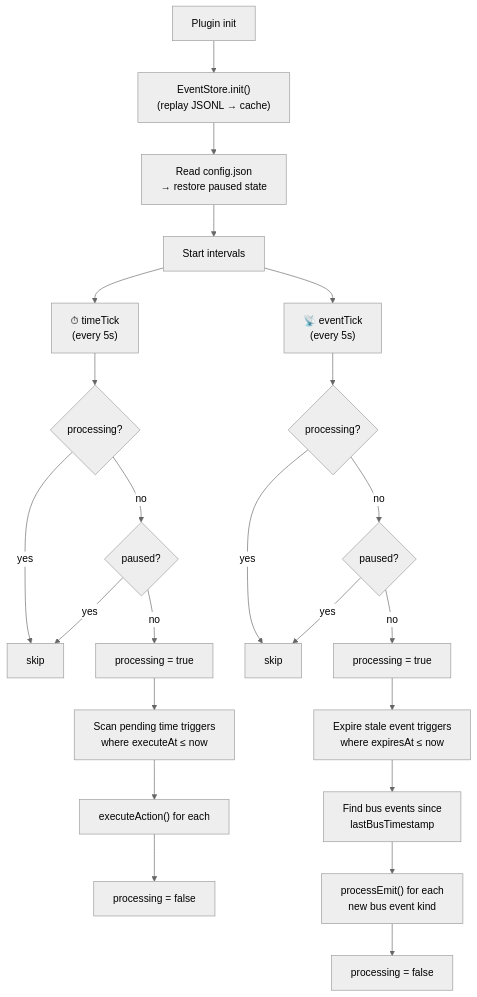
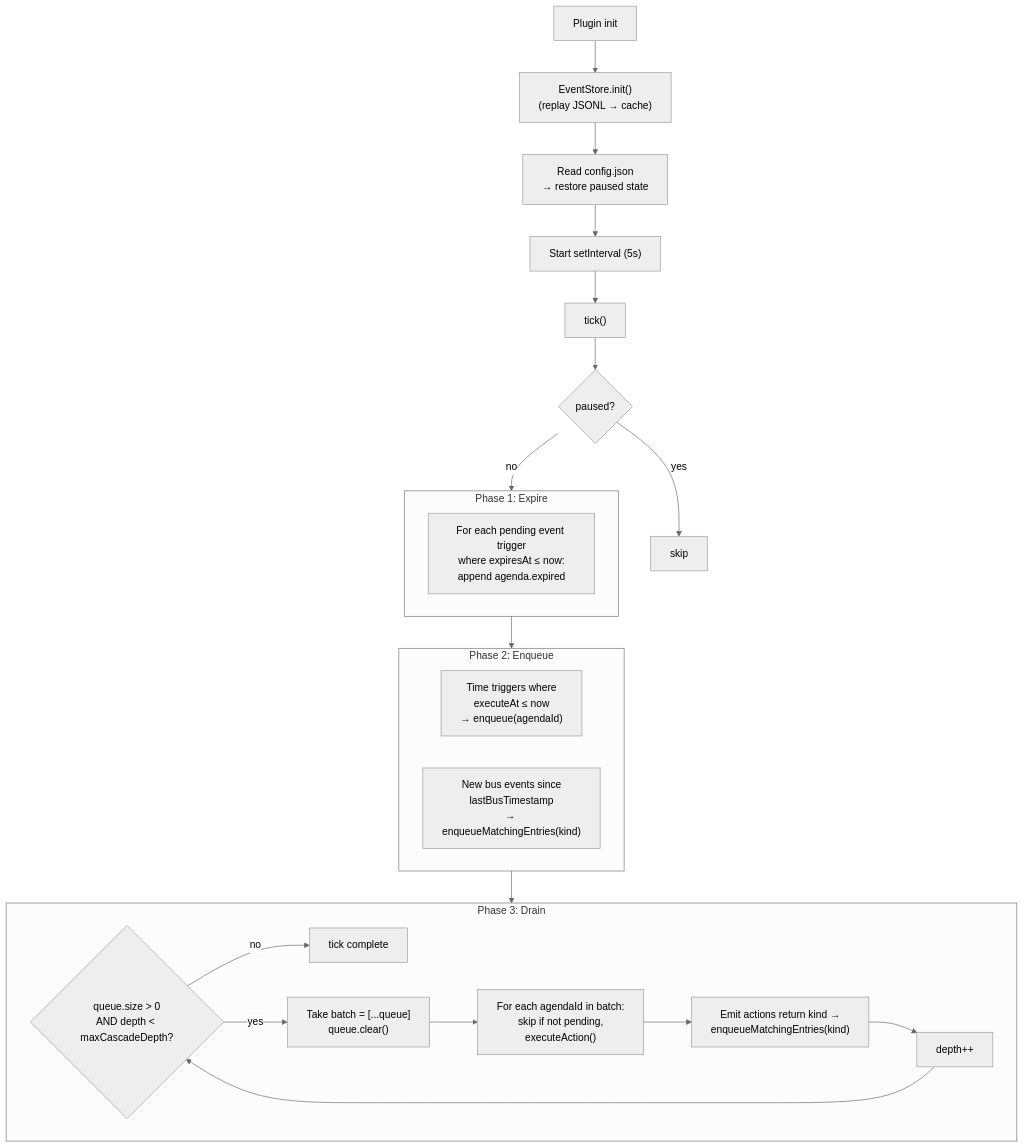
One commit to ToxicPine/opencode-agenda-plugin changed the fourth of 7 diagrams in ARCHITECTURE.md. Above: the diagram before and after it, drawn with Mermaid (neutral theme). The commit also changed other lines of this file and 1 other file, not shown here.

First line of the commit message:
Replace mutex + dual poll loops with single tick and idempotent task queue

````diff
--- a/ARCHITECTURE.md
+++ b/ARCHITECTURE.md
@@ -109,28 +111,34 @@
 ```mermaid
 flowchart TD
     Start["Plugin init"] --> Init["EventStore.init()<br/>(replay JSONL → cache)"]
     Init --> RestorePause["Read config.json<br/>→ restore paused state"]
-    RestorePause --> Loops["Start intervals"]
+    RestorePause --> Loop["Start setInterval (5s)"]
 
-    Loops --> TL["⏱ timeTick<br/>(every 5s)"]
-    Loops --> EL["📡 eventTick<br/>(every 5s)"]
+    Loop --> Tick["tick()"]
+    Tick --> Paused{"paused?"}
+    Paused -- yes --> Skip["skip"]
+    Paused -- no --> Phase1
 
-    TL --> MutexT{"processing?"}
-    MutexT -- yes --> SkipT["skip"]
-    MutexT -- no --> PauseT{"paused?"}
-    PauseT -- yes --> SkipT
-    PauseT -- no --> LockT["processing = true"]
-    LockT --> ScanT["Scan pending time triggers<br/>where executeAt ≤ now"]
-    ScanT --> ExecT["executeAction() for each"]
-    ExecT --> UnlockT["processing = false"]
+    subgraph Phase1 ["Phase 1: Expire"]
+        Expire["For each pending event trigger<br/>where expiresAt ≤ now:<br/>append agenda.expired"]
+    end
 
-    EL --> MutexE{"processing?"}
-    MutexE -- yes --> SkipE["skip"]
-    MutexE -- no --> PauseE{"paused?"}
-    PauseE -- yes --> SkipE
-    PauseE -- no --> LockE["processing = true"]
-    LockE --> Expire["Expire stale event triggers<br/>where expiresAt ≤ now"]
-    Expire --> NewBus["Find bus events since<br/>lastBusTimestamp"]
-    NewBus --> ProcessEmit["processEmit() for each<br/>new bus event kind"]
-    ProcessEmit --> UnlockE["processing = false"]
+    Phase1 --> Phase2
+
+    subgraph Phase2 ["Phase 2: Enqueue"]
+        EnqTime["Time triggers where<br/>executeAt ≤ now<br/>→ enqueue(agendaId)"]
+        EnqBus["New bus events since<br/>lastBusTimestamp<br/>→ enqueueMatchingEntries(kind)"]
+    end
+
+    Phase2 --> Phase3
+
+    subgraph Phase3 ["Phase 3: Drain"]
+        DrainLoop{"queue.size > 0<br/>AND depth < maxCascadeDepth?"}
+        DrainLoop -- no --> Done["tick complete"]
+        DrainLoop -- yes --> Batch["Take batch = [...queue]<br/>queue.clear()"]
+        Batch --> ExecLoop["For each agendaId in batch:<br/>skip if not pending,<br/>executeAction()"]
+        ExecLoop --> Cascade["Emit actions return kind →<br/>enqueueMatchingEntries(kind)"]
+        Cascade --> Depth["depth++"]
+        Depth --> DrainLoop
+    end
 ```
````
